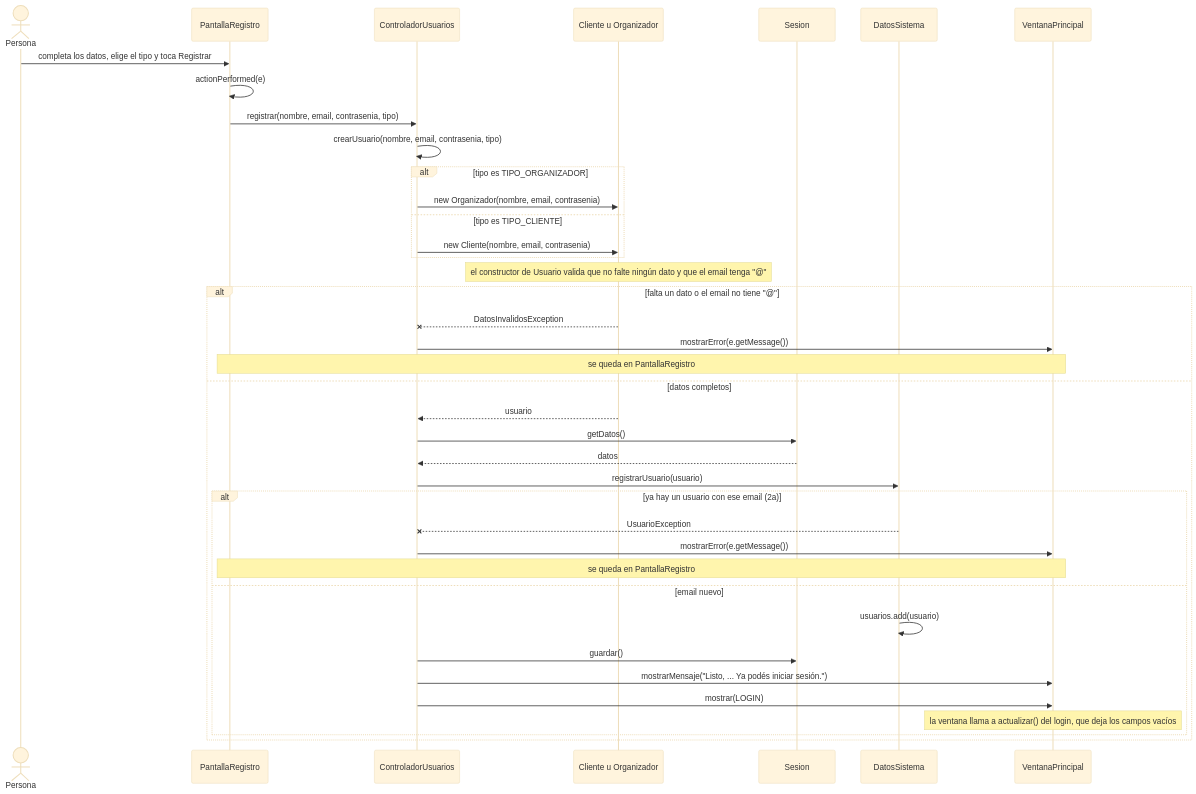
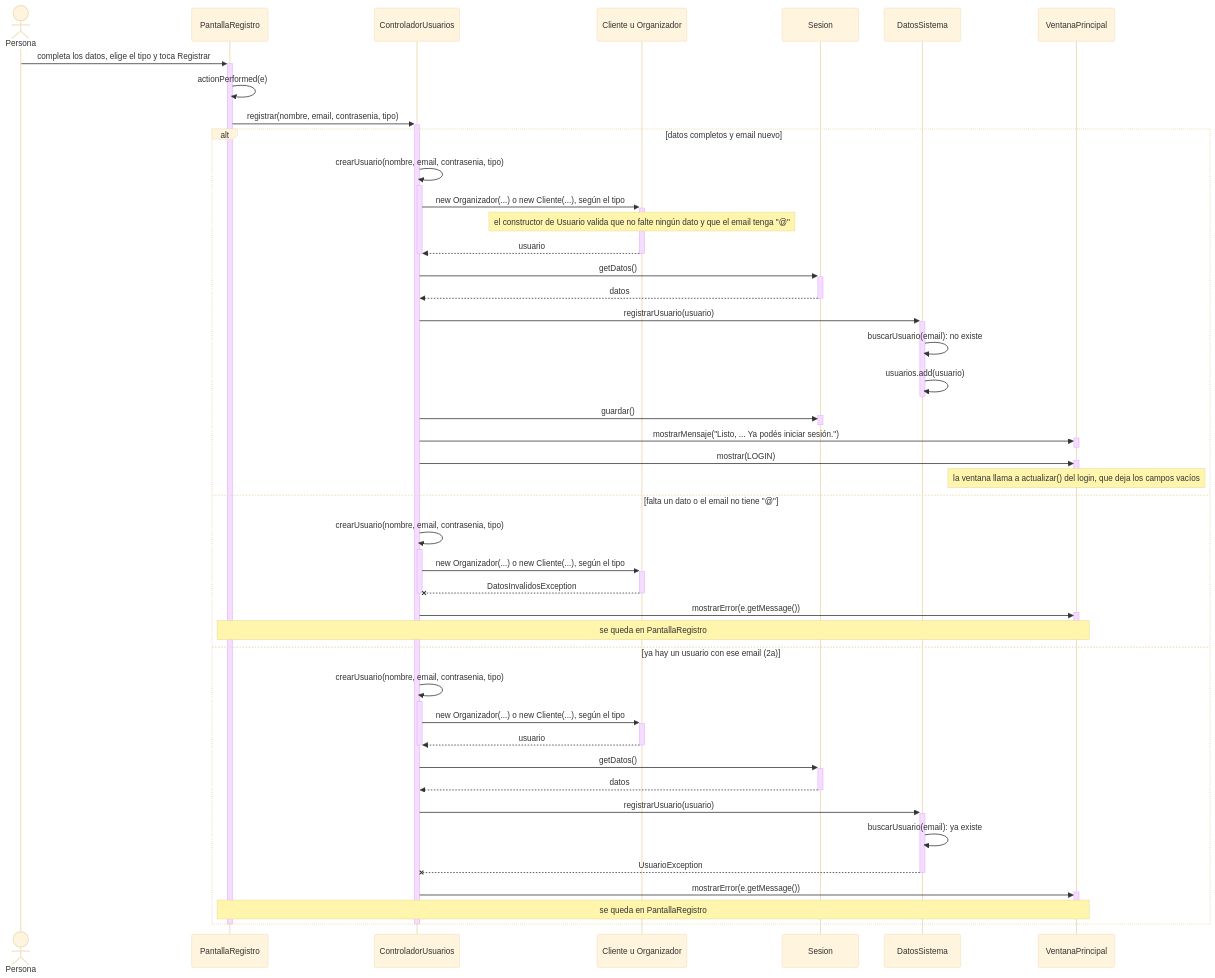
Before and after one commit to AgustinSimonenco/gestion-eventos-musicales: the diagram in docs/diseno/secuencias/CU01-registrar-usuario.md, drawn with Mermaid (base theme). The commit also changed 12 other files, not shown here.

First line of the commit message:
Agregar barras de activación a todos los diagramas de secuencia

````diff
--- a/docs/diseno/secuencias/CU01-registrar-usuario.md
+++ b/docs/diseno/secuencias/CU01-registrar-usuario.md
@@ -11,42 +11,57 @@
 ```mermaid
 sequenceDiagram
     actor U as Persona
     participant P as PantallaRegistro
     participant C as ControladorUsuarios
     participant Us as Cliente u Organizador
     participant S as Sesion
     participant D as DatosSistema
     participant V as VentanaPrincipal
 
-    U->>P: completa los datos, elige el tipo y toca Registrar
+    U->>+P: completa los datos, elige el tipo y toca Registrar
     P->>P: actionPerformed(e)
-    P->>C: registrar(nombre, email, contrasenia, tipo)
-    C->>C: crearUsuario(nombre, email, contrasenia, tipo)
-    alt tipo es TIPO_ORGANIZADOR
-        C->>Us: new Organizador(nombre, email, contrasenia)
-    else tipo es TIPO_CLIENTE
-        C->>Us: new Cliente(nombre, email, contrasenia)
+    P->>+C: registrar(nombre, email, contrasenia, tipo)
+    alt datos completos y email nuevo
+        C->>+C: crearUsuario(nombre, email, contrasenia, tipo)
+        C->>+Us: new Organizador(...) o new Cliente(...), según el tipo
+        Note over Us: el constructor de Usuario valida que no falte ningún dato y que el email tenga "@"
+        Us-->>-C: usuario
+        deactivate C
+        C->>+S: getDatos()
+        S-->>-C: datos
+        C->>+D: registrarUsuario(usuario)
+        D->>D: buscarUsuario(email): no existe
+        D->>D: usuarios.add(usuario)
+        deactivate D
+        C->>+S: guardar()
+        deactivate S
+        C->>+V: mostrarMensaje("Listo, ... Ya podés iniciar sesión.")
+        deactivate V
+        C->>+V: mostrar(LOGIN)
+        deactivate V
+        Note over V: la ventana llama a actualizar() del login, que deja los campos vacíos
+    else falta un dato o el email no tiene "@"
+        C->>+C: crearUsuario(nombre, email, contrasenia, tipo)
+        C->>+Us: new Organizador(...) o new Cliente(...), según el tipo
+        Us--x-C: DatosInvalidosException
+        deactivate C
+        C->>+V: mostrarError(e.getMessage())
+        deactivate V
+        Note over P,V: se queda en PantallaRegistro
+    else ya hay un usuario con ese email (2a)
+        C->>+C: crearUsuario(nombre, email, contrasenia, tipo)
+        C->>+Us: new Organizador(...) o new Cliente(...), según el tipo
+        Us-->>-C: usuario
+        deactivate C
+        C->>+S: getDatos()
+        S-->>-C: datos
+        C->>+D: registrarUsuario(usuario)
+        D->>D: buscarUsuario(email): ya existe
+        D--x-C: UsuarioException
+        C->>+V: mostrarError(e.getMessage())
+        deactivate V
+        Note over P,V: se queda en PantallaRegistro
     end
-    Note over Us: el constructor de Usuario valida que no falte ningún dato y que el email tenga "@"
-    alt falta un dato o el email no tiene "@"
-        Us--xC: DatosInvalidosException
-        C->>V: mostrarError(e.getMessage())
-        Note over P,V: se queda en PantallaRegistro
-    else datos completos
-        Us-->>C: usuario
-        C->>S: getDatos()
-        S-->>C: datos
-        C->>D: registrarUsuario(usuario)
-        alt ya hay un usuario con ese email (2a)
-            D--xC: UsuarioException
-            C->>V: mostrarError(e.getMessage())
-            Note over P,V: se queda en PantallaRegistro
-        else email nuevo
-            D->>D: usuarios.add(usuario)
-            C->>S: guardar()
-            C->>V: mostrarMensaje("Listo, ... Ya podés iniciar sesión.")
-            C->>V: mostrar(LOGIN)
-            Note over V: la ventana llama a actualizar() del login, que deja los campos vacíos
-        end
-    end
+    deactivate C
+    deactivate P
 ```
````
